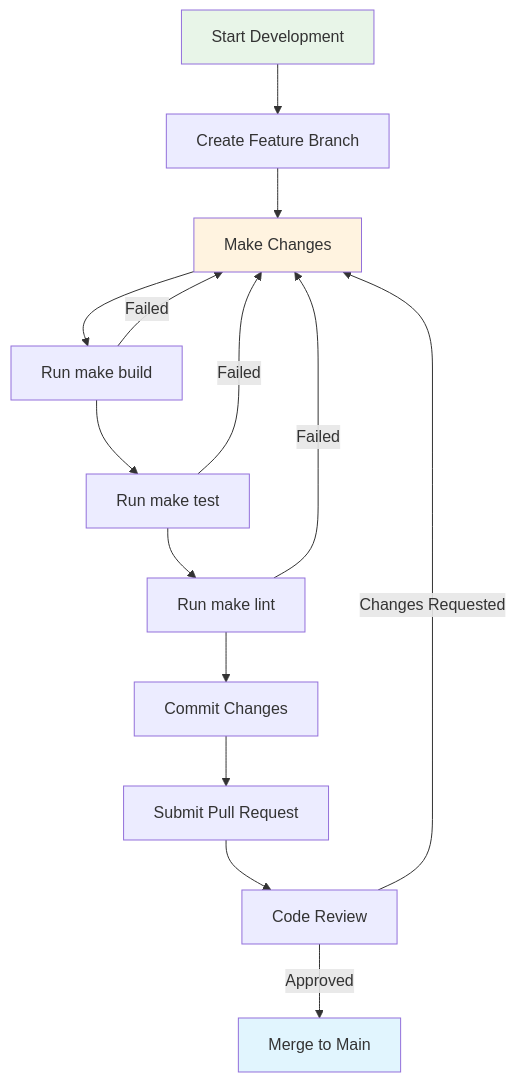
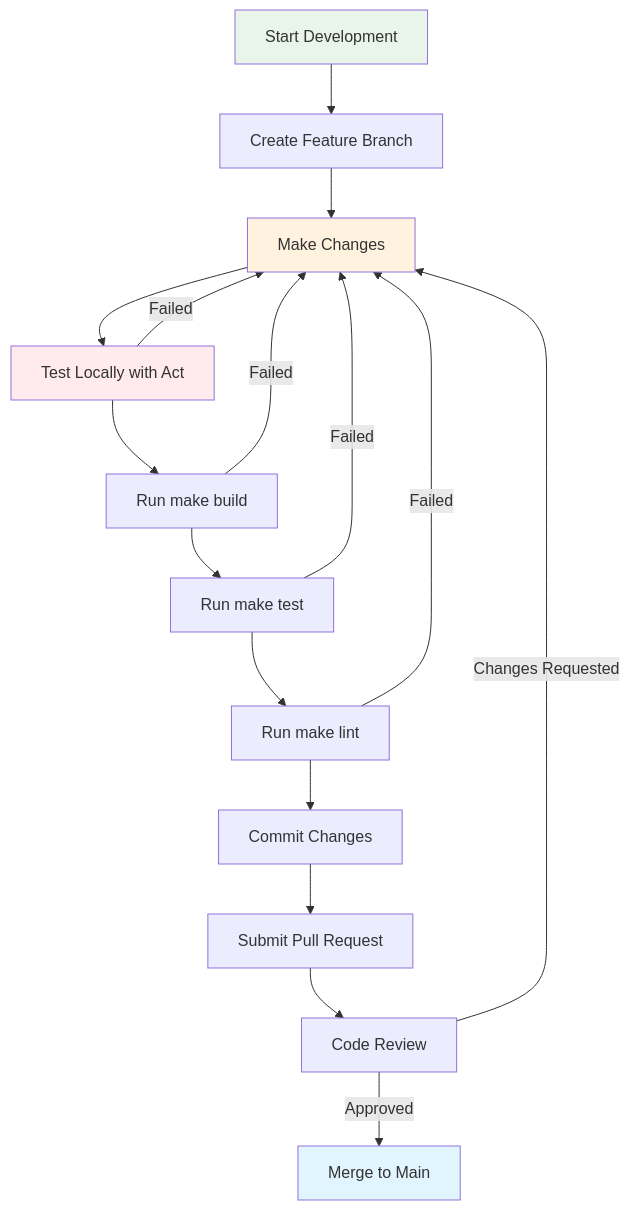
One commit to the78mole/jumpstarter-mono changed the second of 4 diagrams in docs/development/index.md. Above: the diagram before and after it, drawn with Mermaid. The commit also changed other lines of this file and 460 other files, not shown here.

````diff
--- a/docs/development/index.md
+++ b/docs/development/index.md
@@ -89,32 +92,36 @@
 ```mermaid
 flowchart TD
     START[Start Development]
     BRANCH[Create Feature Branch]
     CODE[Make Changes]
+    LOCAL[Test Locally with Act]
     BUILD[Run make build]
     TEST[Run make test]
     LINT[Run make lint]
     COMMIT[Commit Changes]
     PR[Submit Pull Request]
     REVIEW[Code Review]
     MERGE[Merge to Main]
-    
+
     START --> BRANCH
     BRANCH --> CODE
-    CODE --> BUILD
+    CODE --> LOCAL
+    LOCAL --> BUILD
     BUILD --> TEST
     TEST --> LINT
     LINT --> COMMIT
     COMMIT --> PR
     PR --> REVIEW
     REVIEW -->|Approved| MERGE
     REVIEW -->|Changes Requested| CODE
-    
+
     BUILD -->|Failed| CODE
     TEST -->|Failed| CODE
     LINT -->|Failed| CODE
-    
+    LOCAL -->|Failed| CODE
+
     style START fill:#e8f5e8
     style MERGE fill:#e1f5fe
     style CODE fill:#fff3e0
+    style LOCAL fill:#ffebee
 ```
````
